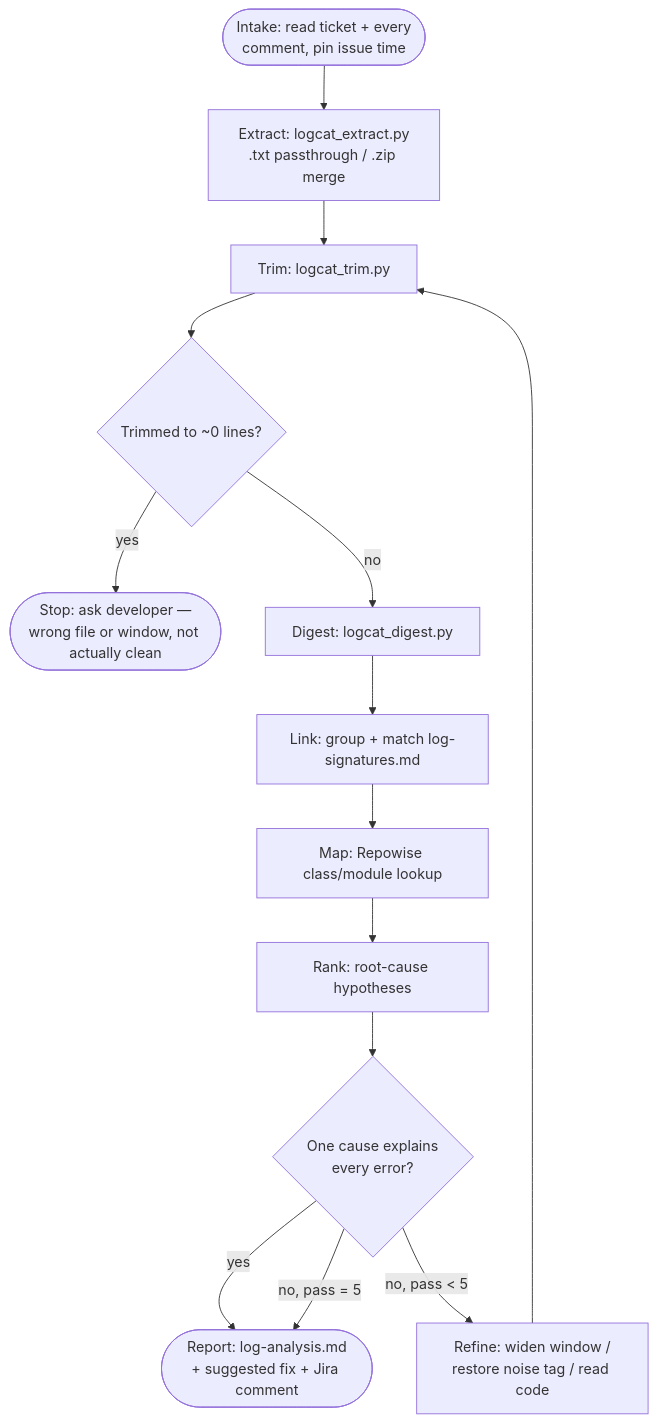
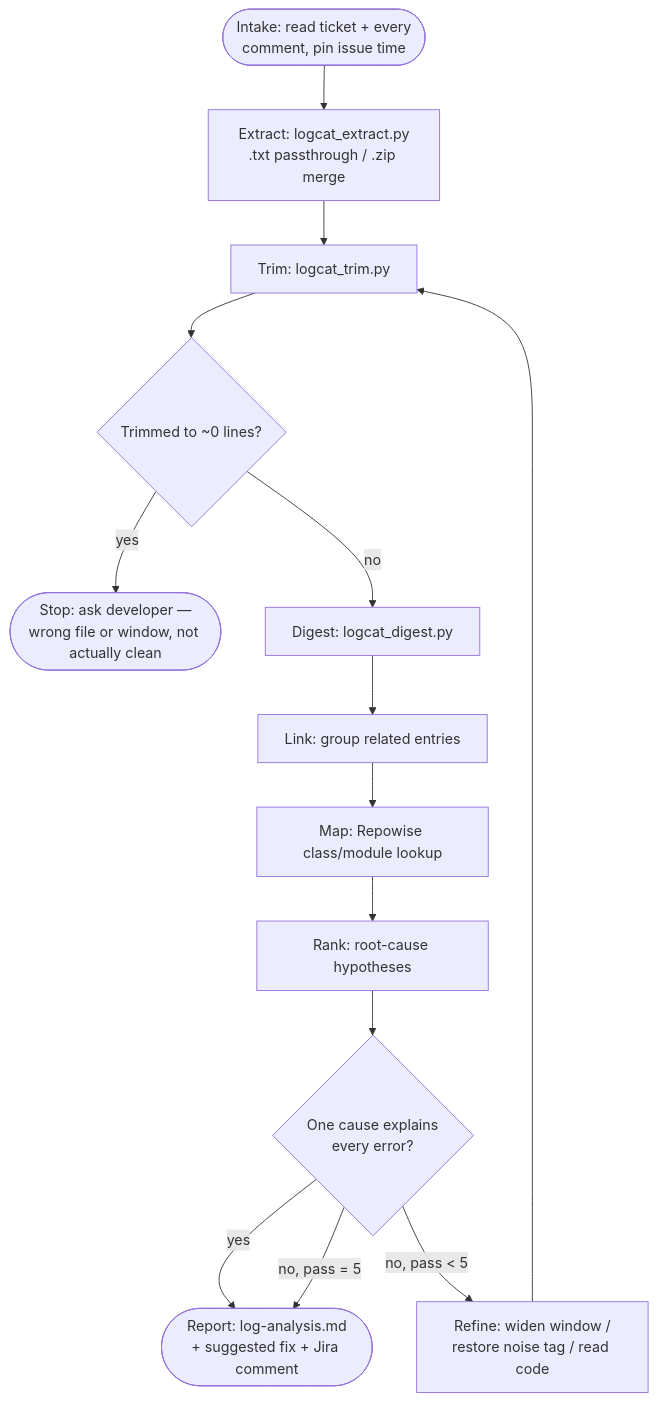
Before and after one commit to saraths-99/github-workflow: the second of 2 diagrams in docs/workflow-design.md, drawn with Mermaid. The commit also changed other lines of this file and 13 other files, not shown here.

````diff
--- a/docs/workflow-design.md
+++ b/docs/workflow-design.md
@@ -67,16 +67,16 @@
 ```mermaid
 flowchart TD
     A([Intake: read ticket + every<br/>comment, pin issue time]) --> X[Extract: logcat_extract.py<br/>.txt passthrough / .zip merge]
     X --> B[Trim: logcat_trim.py]
     B --> BW{Trimmed to ~0 lines?}
     BW -- yes --> BWX([Stop: ask developer —<br/>wrong file or window, not actually clean])
     BW -- no --> C[Digest: logcat_digest.py]
-    C --> D[Link: group + match log-signatures.md]
+    C --> D[Link: group related entries]
     D --> E[Map: Repowise class/module lookup]
     E --> F[Rank: root-cause hypotheses]
     F --> G{One cause explains<br/>every error?}
     G -- yes --> H([Report: log-analysis.md<br/>+ suggested fix + Jira comment])
     G -- no, pass < 5 --> I[Refine: widen window /<br/>restore noise tag / read code]
     I --> B
     G -- no, pass = 5 --> H
 ```
````
